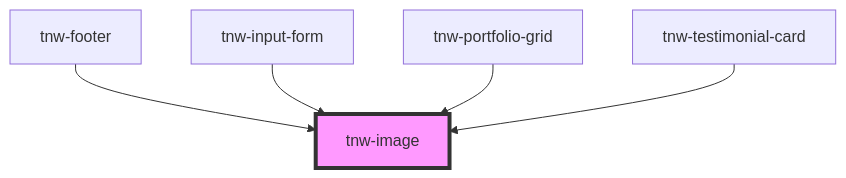
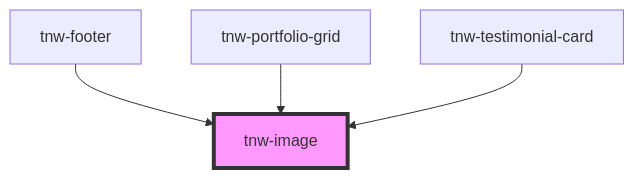
One commit to technway/technway-component-library changed the diagram in packages/stencil-library/src/components/tnw-image/readme.md. Above: the diagram before and after it, drawn with Mermaid. The commit also changed other lines of this file and 18 other files, not shown here.

Commit message:
chore(stencil-library): remove deprecated tnw-input-form component

````diff
--- a/packages/stencil-library/src/components/tnw-image/readme.md
+++ b/packages/stencil-library/src/components/tnw-image/readme.md
@@ -91,8 +90,7 @@
 ```mermaid
 graph TD;
   tnw-footer --> tnw-image
-  tnw-input-form --> tnw-image
   tnw-portfolio-grid --> tnw-image
   tnw-testimonial-card --> tnw-image
   style tnw-image fill:#f9f,stroke:#333,stroke-width:4px
 ```
````
